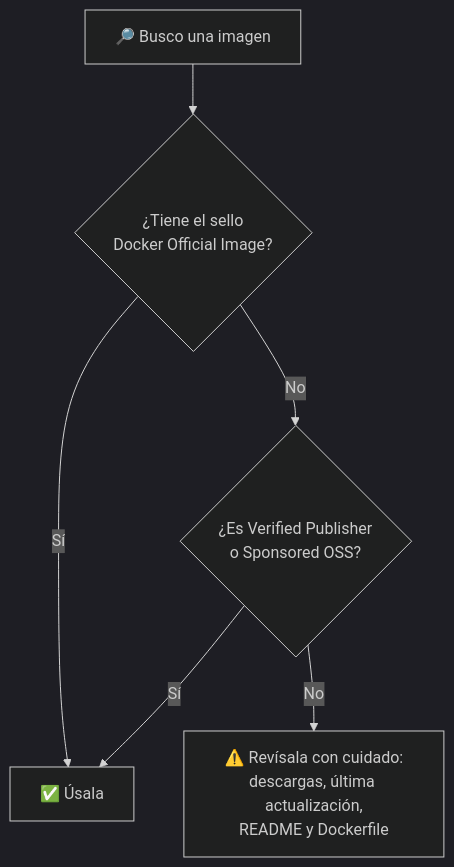
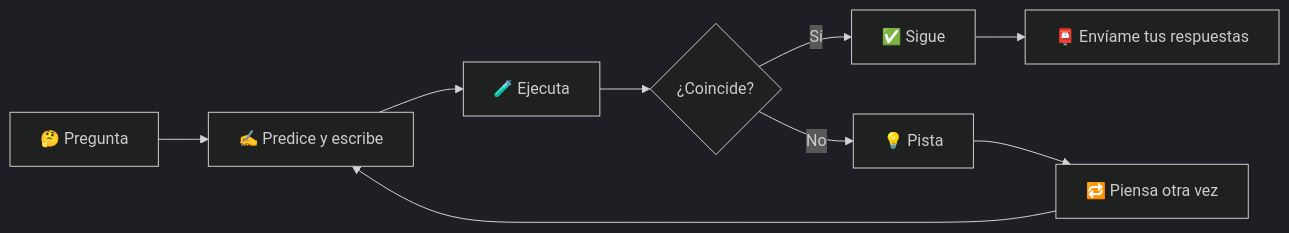
The first of 4 diagrams in Docker/D05 - Imágenes de terceros/apuntes.md (JgregoriDev/docker-learning), drawn with Mermaid (dark theme) before and after one commit. The commit also changed other lines of this file and 11 other files, not shown here.

````diff
--- a/Docker/D05 - Imágenes de terceros/apuntes.md
+++ b/Docker/D05 - Imágenes de terceros/apuntes.md
@@ -35,8 +20,11 @@
 ```mermaid
-flowchart TD
-    A["🔎 Busco una imagen"] --> B{"¿Tiene el sello<br/>Docker Official Image?"}
-    B -->|Sí| E["✅ Úsala"]
-    B -->|No| C{"¿Es Verified Publisher<br/>o Sponsored OSS?"}
-    C -->|Sí| E
-    C -->|No| D["⚠️ Revísala con cuidado:<br/>descargas, última actualización,<br/>README y Dockerfile"]
+flowchart LR
+    Q["🤔 Pregunta"] --> P["✍️ Predice y escribe"]
+    P --> E["🧪 Ejecuta"]
+    E --> C{"¿Coincide?"}
+    C -->|Sí| N["✅ Sigue"]
+    C -->|No| H["💡 Pista"]
+    H --> R["🔁 Piensa otra vez"]
+    R --> P
+    N --> M["📮 Envíame tus respuestas"]
 ```
````
